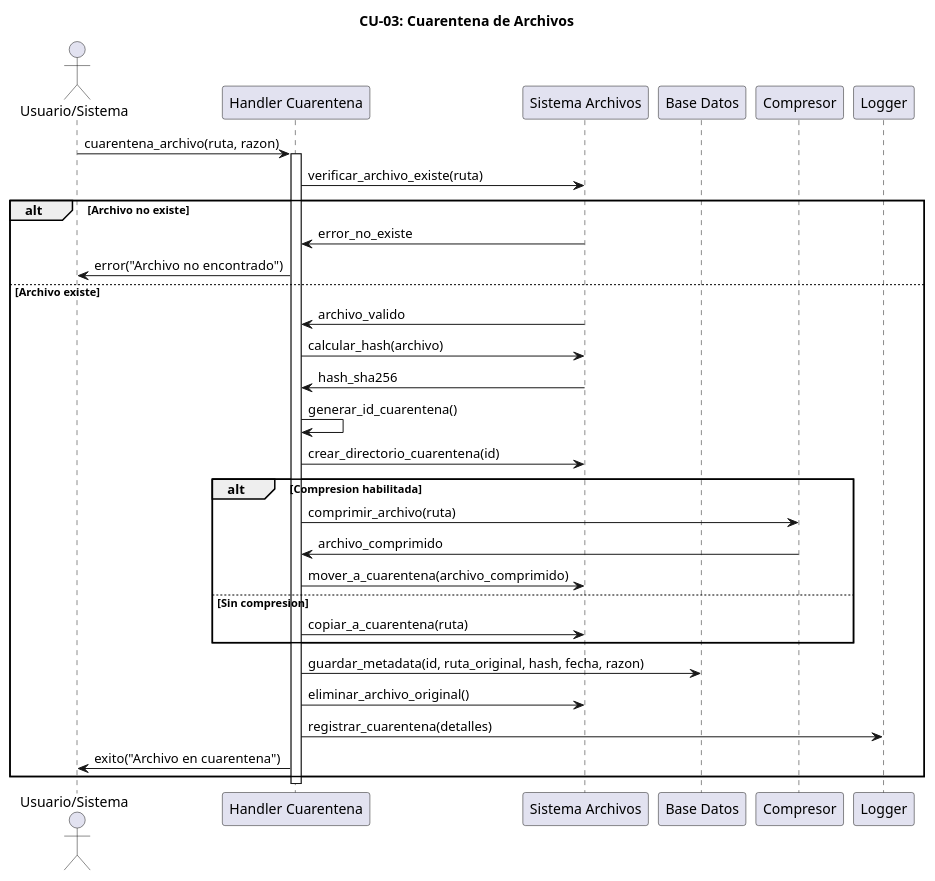
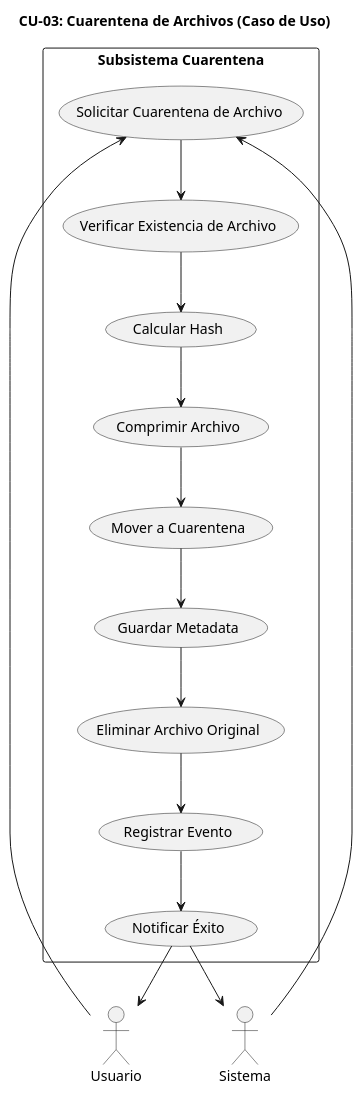
The fourth of 13 diagrams in UNIFIED_ANTIVIRUS/diagramas/casos_de_uso/diagramas_casos_uso.md (KrCrimson/ANTIVIRUS_CPP_PROFESSIONAL), drawn with PlantUML before and after one commit. The commit also changed other lines of this file and 30 other files, not shown here.

Commit message:
diagramas y pruebas estaticas

````diff
--- a/UNIFIED_ANTIVIRUS/diagramas/casos_de_uso/diagramas_casos_uso.md
+++ b/UNIFIED_ANTIVIRUS/diagramas/casos_de_uso/diagramas_casos_uso.md
@@ -178,45 +166,34 @@
 ```plantuml
 @startuml cu03_cuarentena_archivos
-title CU-03: Cuarentena de Archivos
+title CU-03: Cuarentena de Archivos (Caso de Uso)
 
-actor "Usuario/Sistema" as actor
-participant "Handler Cuarentena" as handler
-participant "Sistema Archivos" as fs
-participant "Base Datos" as db
-participant "Compresor" as zip
-participant "Logger" as log
+actor "Usuario" as usuario
+actor "Sistema" as sistema
 
-actor -> handler : cuarentena_archivo(ruta, razon)
-activate handler
+rectangle "Subsistema Cuarentena" {
+  (Solicitar Cuarentena de Archivo) as solicitar
+  (Verificar Existencia de Archivo) as verificar
+  (Calcular Hash) as hash
+  (Comprimir Archivo) as comprimir
+  (Mover a Cuarentena) as mover
+  (Guardar Metadata) as metadata
+  (Eliminar Archivo Original) as eliminar
+  (Registrar Evento) as registrar
+  (Notificar Éxito) as exito
+}
 
-handler -> fs : verificar_archivo_existe(ruta)
-alt Archivo no existe
-    fs -> handler : error_no_existe
-    handler -> actor : error("Archivo no encontrado")
-else Archivo existe
-    fs -> handler : archivo_valido
-    
-    handler -> fs : calcular_hash(archivo)
-    fs -> handler : hash_sha256
-    
-    handler -> handler : generar_id_cuarentena()
-    handler -> fs : crear_directorio_cuarentena(id)
-    
-    alt Compresion habilitada
-        handler -> zip : comprimir_archivo(ruta)
-        zip -> handler : archivo_comprimido
-        handler -> fs : mover_a_cuarentena(archivo_comprimido)
-    else Sin compresion
-        handler -> fs : copiar_a_cuarentena(ruta)
-    end
-    
-    handler -> db : guardar_metadata(id, ruta_original, hash, fecha, razon)
-    handler -> fs : eliminar_archivo_original()
-    handler -> log : registrar_cuarentena(detalles)
-    
-    handler -> actor : exito("Archivo en cuarentena")
-end
+usuario --> solicitar
+sistema --> solicitar
+solicitar --> verificar
+verificar --> hash
+hash --> comprimir
+comprimir --> mover
+mover --> metadata
+metadata --> eliminar
+eliminar --> registrar
+registrar --> exito
+exito --> usuario
+exito --> sistema
 
-deactivate handler
 @enduml
 ```
````
